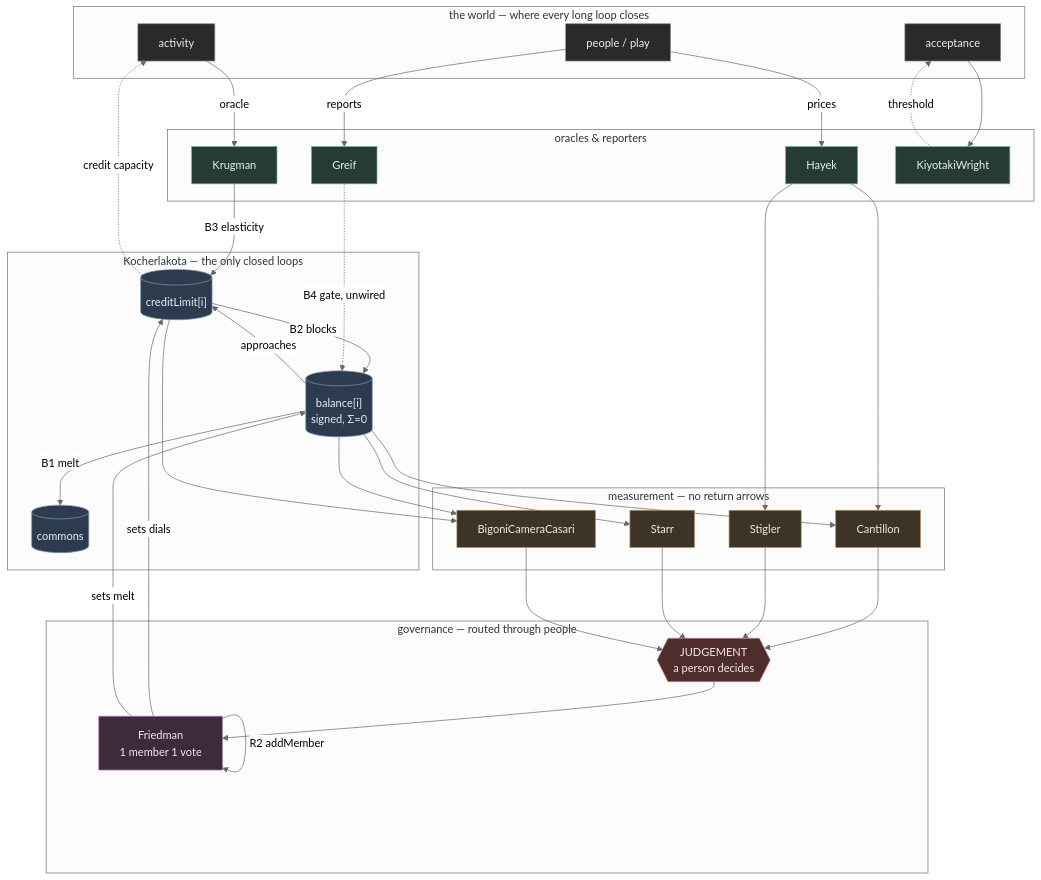
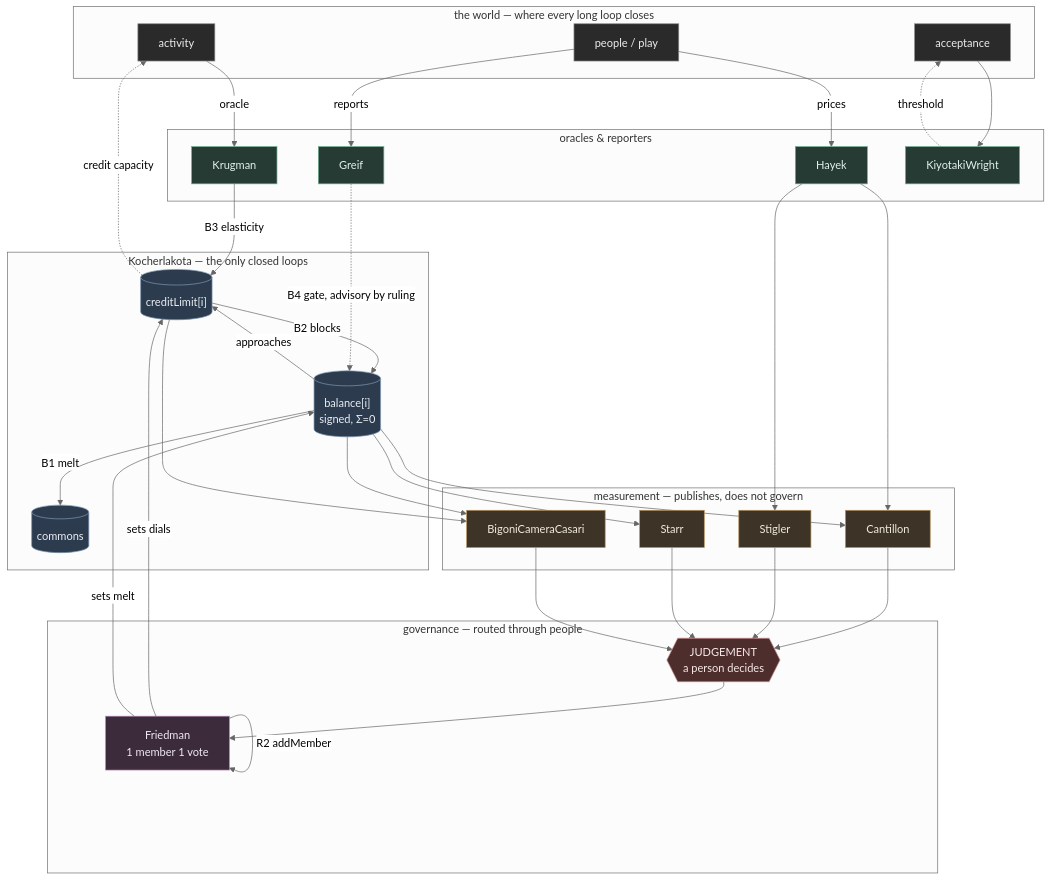
Before and after one commit to BramAlkema/BOVI: the diagram in contracts/SYSTEM-DYNAMICS.md, drawn with Mermaid (neutral theme).

Commit message:
SYSTEM-DYNAMICS: the diagram labels agreed with the old finding, not the corrected one
The prose now says the meters all publish; the embedded mermaid still
called the tier 'no return arrows', and the Greif edge still read
'unwired' rather than advisory-by-ruling. Inline block only — the
standalone .mmd carries neither label, so the rendered triplet stands.

````diff
--- a/contracts/SYSTEM-DYNAMICS.md
+++ b/contracts/SYSTEM-DYNAMICS.md
@@ -114,68 +114,68 @@
 ```mermaid
 flowchart TB
     subgraph WORLD["the world — where every long loop closes"]
         ACT[activity]:::world
         ACC[acceptance]:::world
         PPL[people / play]:::world
     end
 
     subgraph LEDGER["Kocherlakota — the only closed loops"]
         BAL[("balance[i]<br/>signed, Σ=0")]:::stock
         LIM[("creditLimit[i]")]:::stock
         COM[("commons")]:::stock
         BAL -->|B1 melt| COM
         LIM -->|B2 blocks| BAL
         BAL -->|approaches| LIM
     end
 
     subgraph GOV["governance — routed through people"]
         FRI[Friedman<br/>1 member 1 vote]:::gov
         JUD{{JUDGEMENT<br/>a person decides}}:::human
         FRI -->|R2 addMember| FRI
     end
 
     subgraph FEED["oracles & reporters"]
         KRU[Krugman]:::gate
         HAY[Hayek]:::gate
         GRE[Greif]:::gate
         KW[KiyotakiWright]:::gate
     end
 
-    subgraph METER["measurement — no return arrows"]
+    subgraph METER["measurement — publishes, does not govern"]
         CAN[Cantillon]:::meter
         STI[Stigler]:::meter
         STA[Starr]:::meter
         BCC[BigoniCameraCasari]:::meter
     end
 
     ACT -->|oracle| KRU
     KRU -->|B3 elasticity| LIM
     LIM -.->|credit capacity| ACT
     ACC --> KW
     KW -.->|threshold| ACC
     PPL -->|reports| GRE
-    GRE -.->|B4 gate, unwired| BAL
+    GRE -.->|B4 gate, advisory by ruling| BAL
     PPL -->|prices| HAY
     HAY --> CAN
     HAY --> STI
 
     BAL --> CAN
     BAL --> BCC
     LIM --> BCC
     BAL --> STA
 
     CAN --> JUD
     STI --> JUD
     STA --> JUD
     BCC --> JUD
     JUD --> FRI
     FRI -->|sets dials| LIM
     FRI -->|sets melt| BAL
 
     classDef stock fill:#2d3b4e,stroke:#7f9ab5,color:#e8eef5
     classDef meter fill:#3d3326,stroke:#b5945f,color:#f2ebe0
     classDef gate fill:#263b33,stroke:#6fae90,color:#e4f2ec
     classDef gov fill:#3b2b3b,stroke:#a97fa9,color:#f2e8f2
     classDef human fill:#4e2d2d,stroke:#c98b8b,color:#f7e9e9
     classDef world fill:#2a2a2a,stroke:#8a8a8a,color:#ededed
 ```
````
